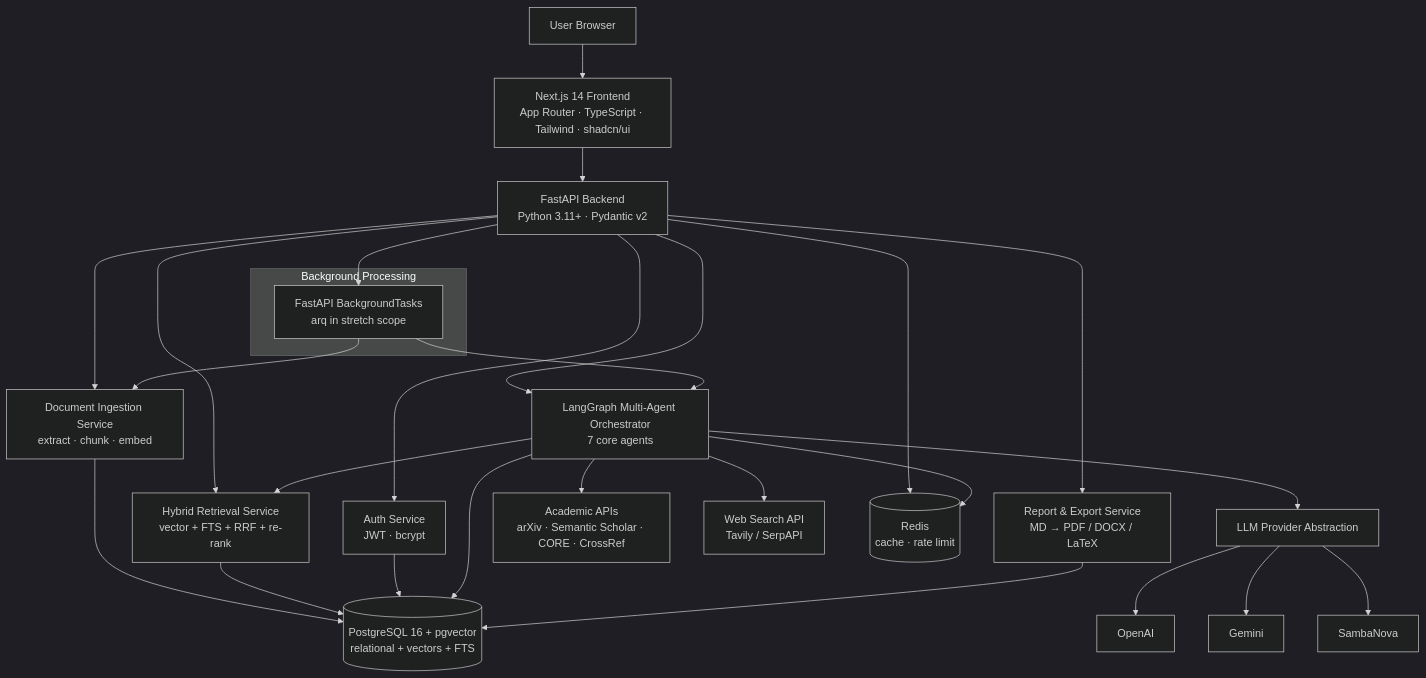
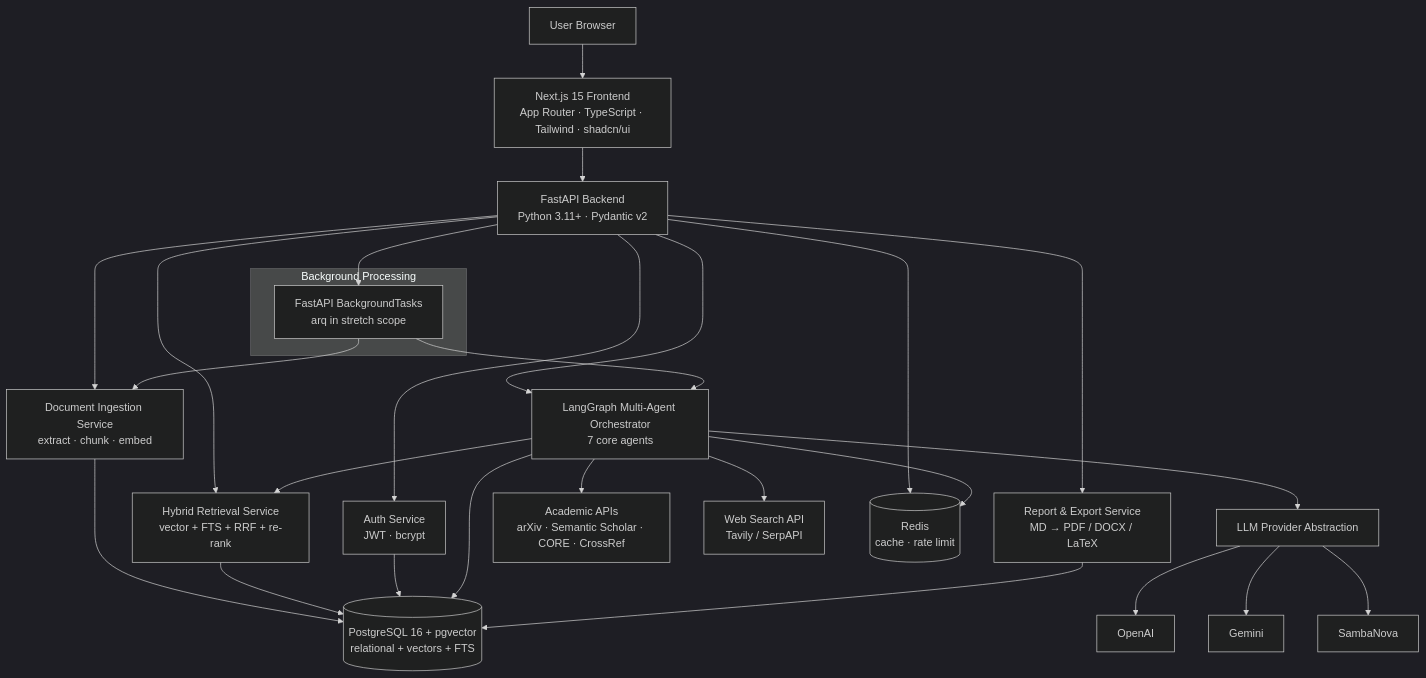
Before and after one commit to shreya1111/Aegis-Research-OS: the first of 18 diagrams in design.md, drawn with Mermaid (dark theme). The commit also changed other lines of this file and 245 other files, not shown here.

Commit message:
Graphify bugs fixes

````diff
--- a/design.md
+++ b/design.md
@@ -388,35 +388,35 @@
 ```mermaid
 flowchart TB
-    U[User Browser] --> FE[Next.js 14 Frontend<br/>App Router · TypeScript · Tailwind · shadcn/ui]
+    U[User Browser] --> FE[Next.js 15 Frontend<br/>App Router · TypeScript · Tailwind · shadcn/ui]
     FE --> API[FastAPI Backend<br/>Python 3.11+ · Pydantic v2]
 
     API --> AUTH[Auth Service<br/>JWT · bcrypt]
     API --> DOC[Document Ingestion Service<br/>extract · chunk · embed]
     API --> RAG[Hybrid Retrieval Service<br/>vector + FTS + RRF + re-rank]
     API --> AGENTS[LangGraph Multi-Agent Orchestrator<br/>7 core agents]
     API --> REPORT[Report & Export Service<br/>MD → PDF / DOCX / LaTeX]
 
     AGENTS --> RAG
     AGENTS --> LLM[LLM Provider Abstraction]
     LLM --> OPENAI[OpenAI]
     LLM --> GEMINI[Gemini]
     LLM --> SAMBANOVA[SambaNova]
 
     AGENTS --> EXT1[Academic APIs<br/>arXiv · Semantic Scholar · CORE · CrossRef]
     AGENTS --> EXT2[Web Search API<br/>Tavily / SerpAPI]
 
     DOC --> PG[(PostgreSQL 16 + pgvector<br/>relational + vectors + FTS)]
     RAG --> PG
     AUTH --> PG
     AGENTS --> PG
     REPORT --> PG
     API --> REDIS[(Redis<br/>cache · rate limit)]
     AGENTS --> REDIS
 
     subgraph BG[Background Processing]
         BGT[FastAPI BackgroundTasks<br/>arq in stretch scope]
     end
     API --> BGT
     BGT --> DOC
     BGT --> AGENTS
 ```
````
